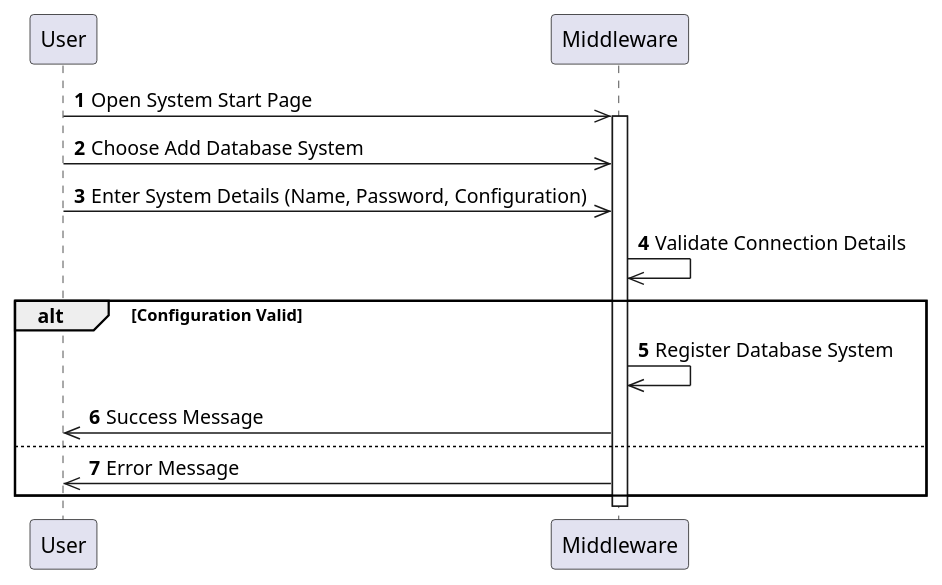
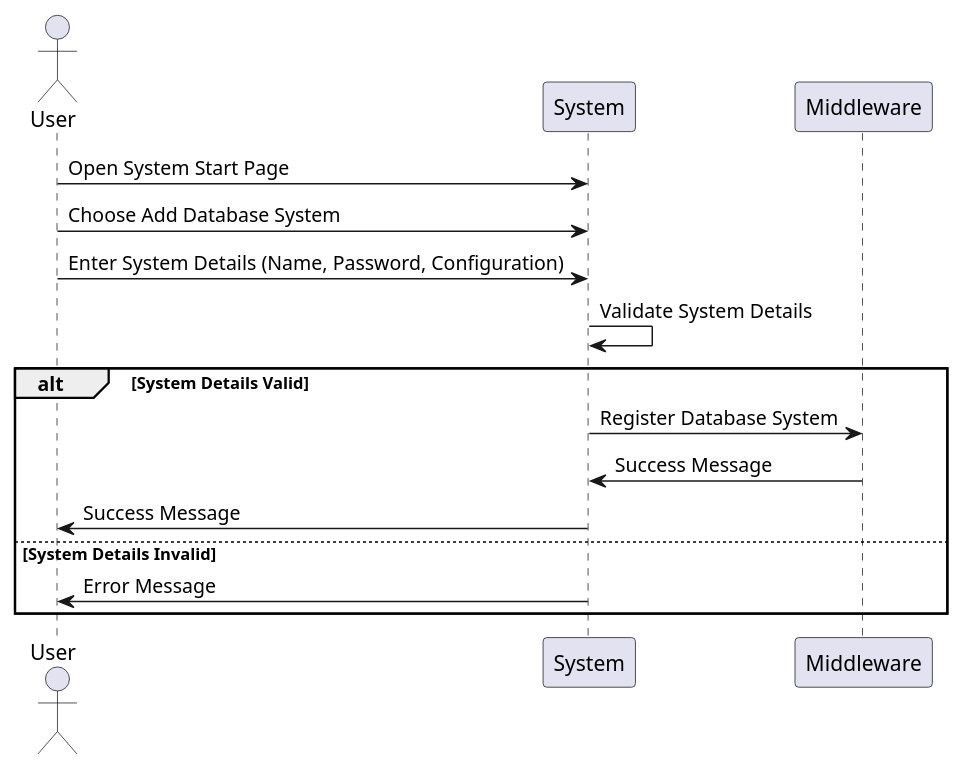
One commit to adam-omah/Final-Year-Project-Documents changed the diagram in PlantUML/SequenceDiagrams/AddDatabaseSystem_Sequence.puml. Above: the diagram before and after it, drawn with PlantUML. The commit also changed 18 other files, not shown here.

```diff
--- a/PlantUML/SequenceDiagrams/AddDatabaseSystem_Sequence.puml
+++ b/PlantUML/SequenceDiagrams/AddDatabaseSystem_Sequence.puml
@@ -1,24 +1,19 @@
 @startuml
-'https://plantuml.com/sequence-diagram
 
-autonumber
-participant User
-participant Middleware
+actor User
+participant "System" as system
+participant "Middleware" as middleware
 
-User->>Middleware: Open System Start Page
-activate Middleware
-
-User->>Middleware: Choose Add Database System
-
-User->>Middleware: Enter System Details (Name, Password, Configuration)
-Middleware->>Middleware: Validate Connection Details
-
-alt Configuration Valid
-  Middleware->>Middleware: Register Database System
-  Middleware->>User: Success Message
-else
-  Middleware->>User: Error Message
+User -> system : Open System Start Page
+User -> system : Choose Add Database System
+User -> system : Enter System Details (Name, Password, Configuration)
+system -> system : Validate System Details
+alt System Details Valid
+    system -> middleware : Register Database System
+    middleware -> system : Success Message
+    system -> User : Success Message
+else System Details Invalid
+    system -> User : Error Message
 end
 
-deactivate Middleware
 @enduml
```
